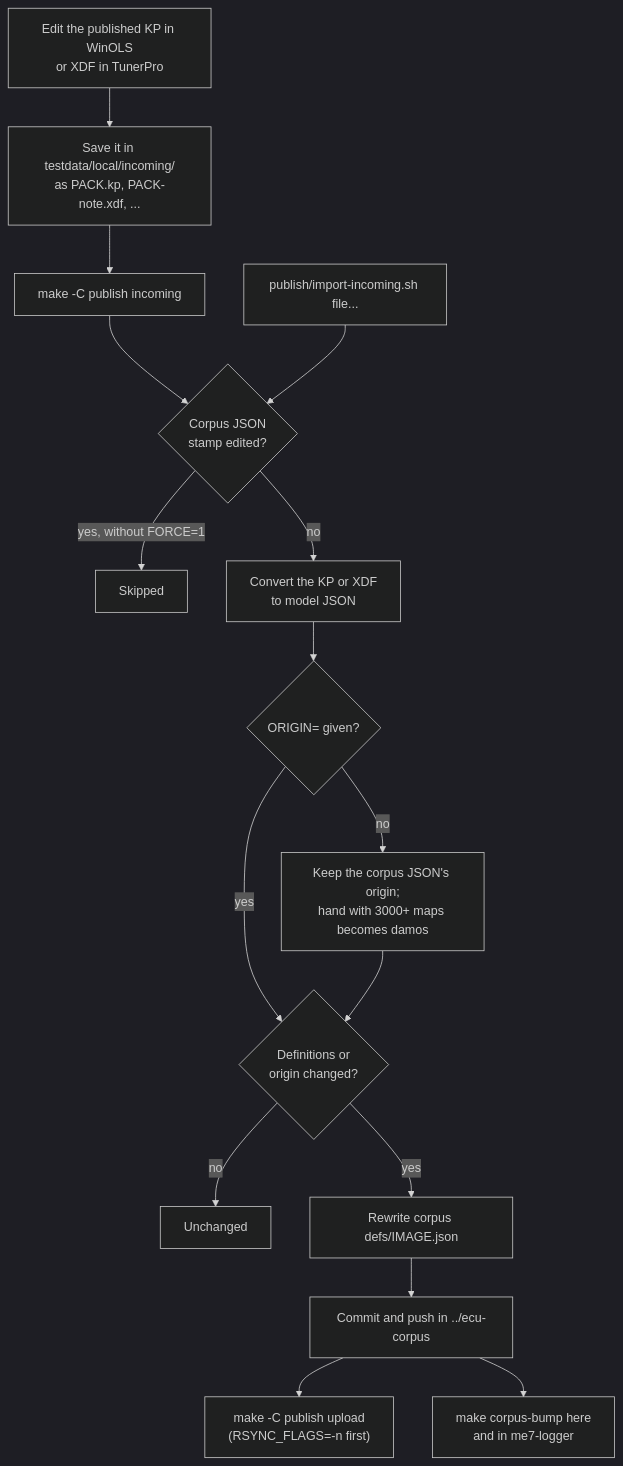
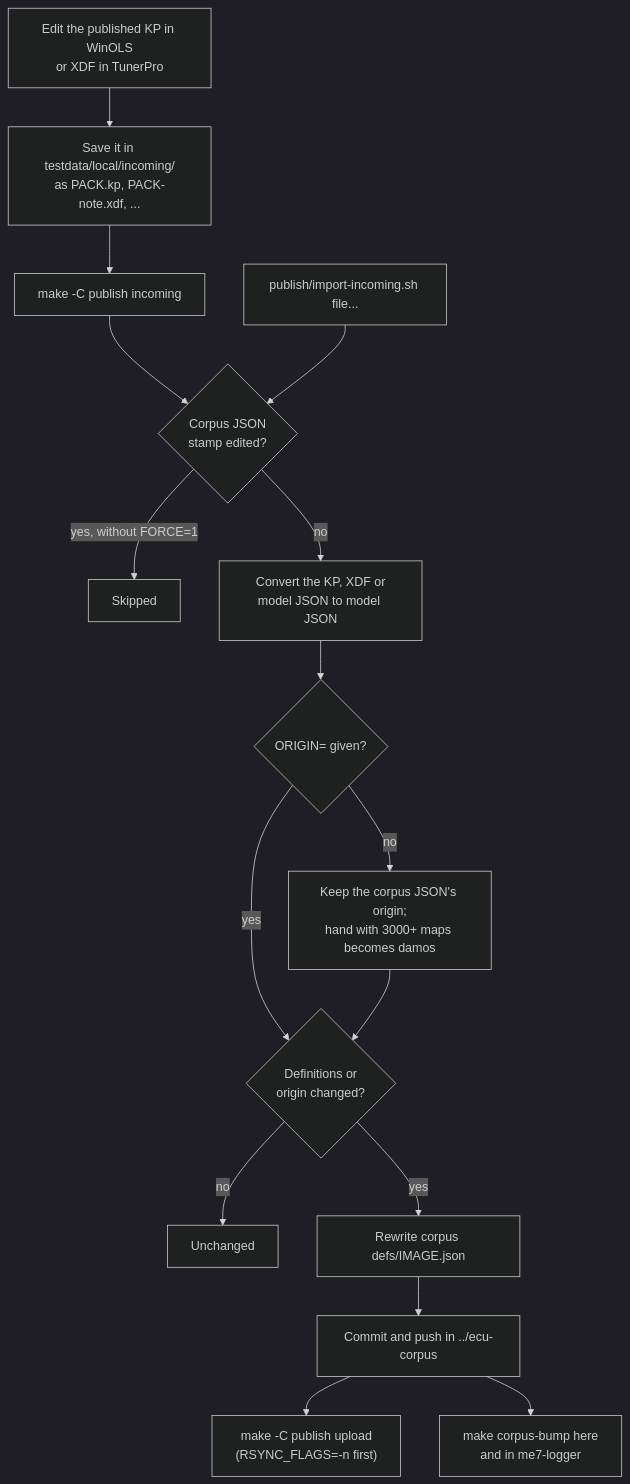
Before and after one commit to nyetlabs/xdfkit: the diagram in publish/README.md, drawn with Mermaid (dark theme). The commit also changed other lines of this file and 6 other files, not shown here.

````diff
--- a/publish/README.md
+++ b/publish/README.md
@@ -7,19 +7,19 @@
 ```mermaid
 flowchart TD
   edit["Edit the published KP in WinOLS<br/>or XDF in TunerPro"] --> save["Save it in testdata/local/incoming/<br/>as PACK.kp, PACK-note.xdf, ..."]
   save --> incoming["make -C publish incoming"]
   incoming --> edited{"Corpus JSON<br/>stamp edited?"}
   edited -- "yes, without FORCE=1" --> skip["Skipped"]
   edited -- no --> import
   single["publish/import-incoming.sh file..."] --> edited
-  import["Convert the KP or XDF<br/>to model JSON"]
+  import["Convert the KP, XDF or<br/>model JSON to model JSON"]
   import --> origin{"ORIGIN= given?"}
   origin -- yes --> changed
   origin -- no --> keep["Keep the corpus JSON's origin;<br/>hand with 3000+ maps becomes damos"]
   keep --> changed{"Definitions or<br/>origin changed?"}
   changed -- no --> unchanged["Unchanged"]
   changed -- yes --> write["Rewrite corpus defs/IMAGE.json"]
   write --> commit["Commit and push in ../ecu-corpus"]
   commit --> gen["make -C publish upload<br/>(RSYNC_FLAGS=-n first)"]
   commit --> bump["make corpus-bump here<br/>and in me7-logger"]
 ```
````
